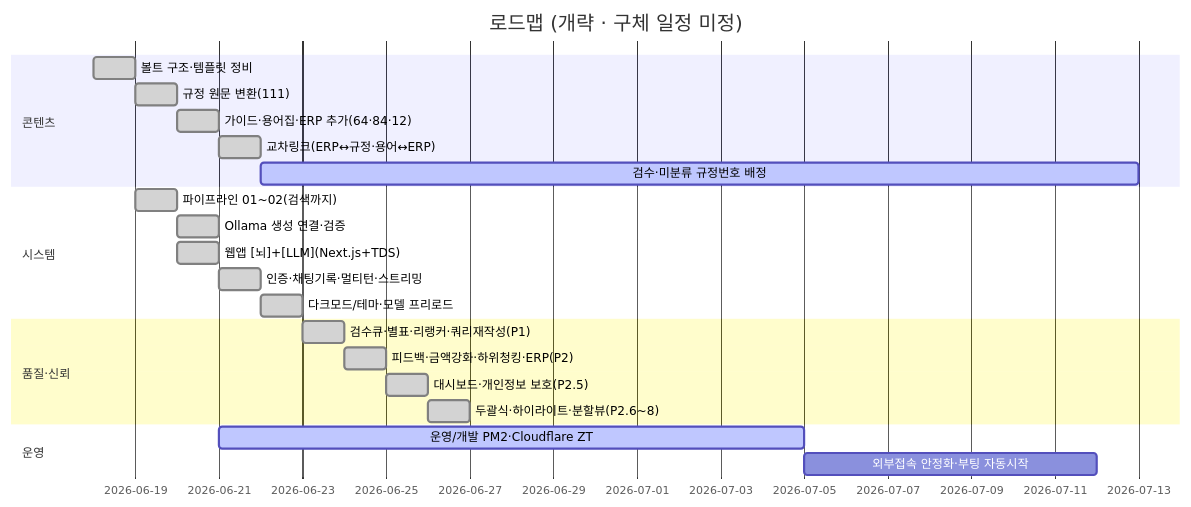
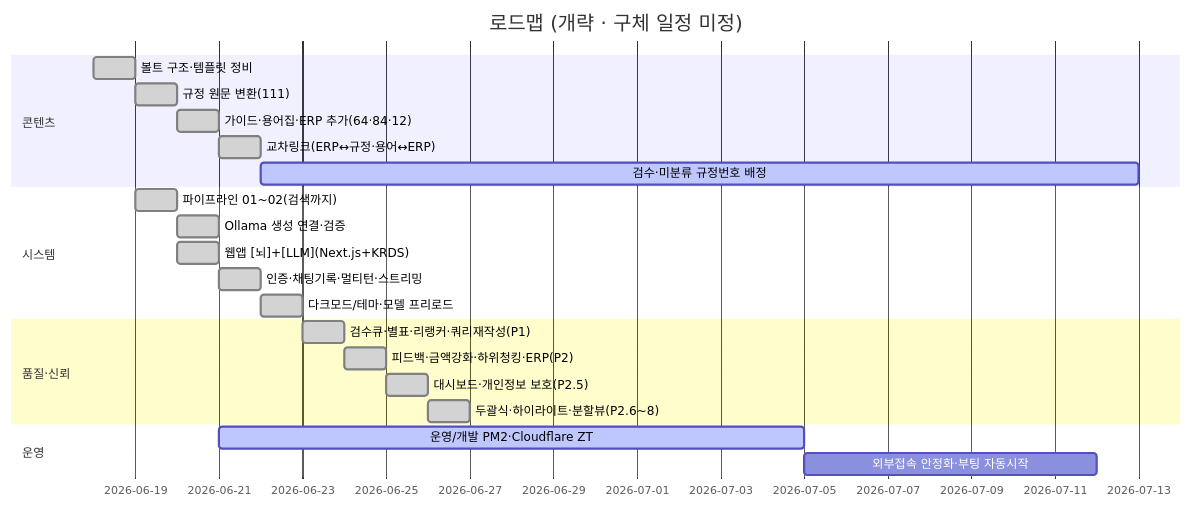
Before and after one commit to mooner92/KEIAdminSuperv: the third of 3 diagrams in README.md, drawn with Mermaid. The commit also changed other lines of this file and 13 other files, not shown here.

````diff
--- a/README.md
+++ b/README.md
@@ -429,25 +457,25 @@
 ```mermaid
 gantt
     title 로드맵 (개략 · 구체 일정 미정)
     dateFormat YYYY-MM-DD
     section 콘텐츠
     볼트 구조·템플릿 정비             :done, a1, 2026-06-18, 1d
     규정 원문 변환(111)               :done, a2, after a1, 1d
     가이드·용어집·ERP 추가(64·84·12)  :done, a3, after a2, 1d
     교차링크(ERP↔규정·용어↔ERP)       :done, a4, after a3, 1d
     검수·미분류 규정번호 배정         :active, a5, after a4, 21d
     section 시스템
     파이프라인 01~02(검색까지)        :done, b1, after a1, 1d
     Ollama 생성 연결·검증             :done, b2, after b1, 1d
-    웹앱 [뇌]+[LLM](Next.js+TDS)      :done, b3, after b1, 1d
+    웹앱 [뇌]+[LLM](Next.js+KRDS)     :done, b3, after b1, 1d
     인증·채팅기록·멀티턴·스트리밍     :done, b4, after b3, 1d
     다크모드/테마·모델 프리로드       :done, b5, after b4, 1d
     section 품질·신뢰
     검수큐·별표·리랭커·쿼리재작성(P1) :done, q1, after b5, 1d
     피드백·금액강화·하위청킹·ERP(P2)  :done, q2, after q1, 1d
     대시보드·개인정보 보호(P2.5)      :done, q3, after q2, 1d
     두괄식·하이라이트·분할뷰(P2.6~8)  :done, q4, after q3, 1d
     section 운영
     운영/개발 PM2·Cloudflare ZT     :active, c1, after b3, 14d
     외부접속 안정화·부팅 자동시작     :         c2, after c1, 7d
 ```
````
